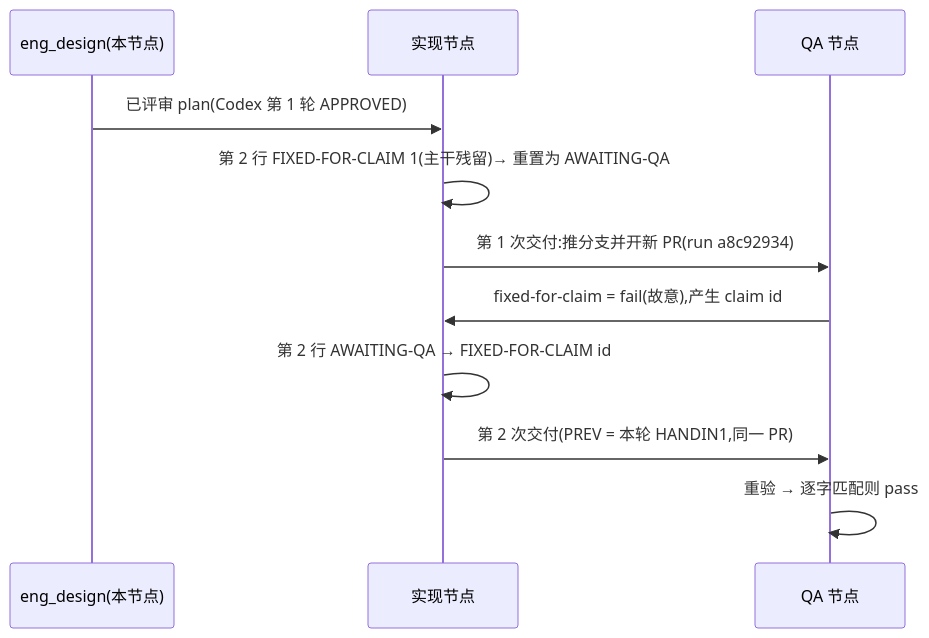
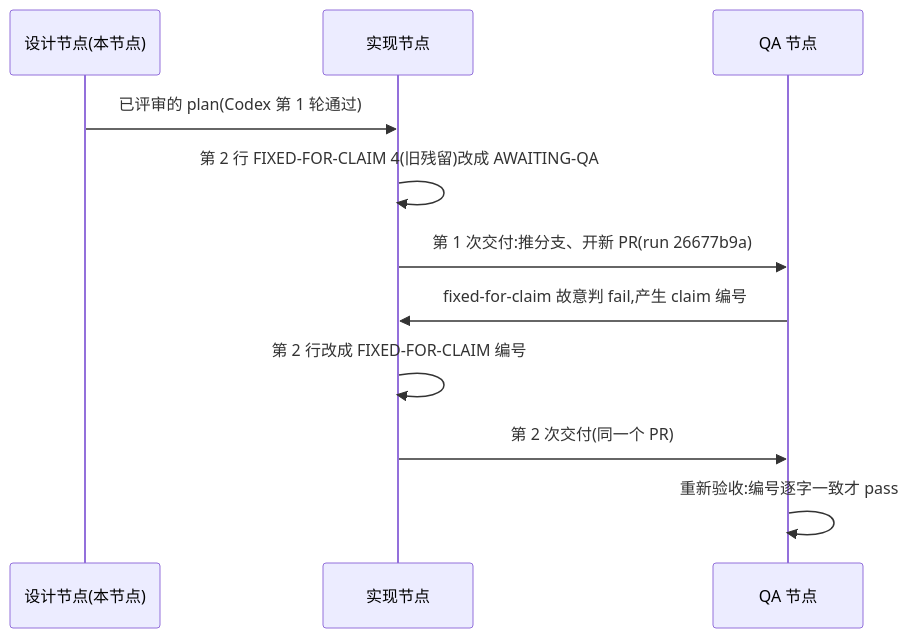
Before and after one commit to xrliAnnie/flywheel-qa-sandbox: the diagram in engineering/doc/FLY-3226-real-runner-drill/d1-core-flow.mmd, drawn with Mermaid. The commit also changed 7 other files, not shown here.

```diff
--- a/engineering/doc/FLY-3226-real-runner-drill/d1-core-flow.mmd
+++ b/engineering/doc/FLY-3226-real-runner-drill/d1-core-flow.mmd
@@ -1,11 +1,11 @@
 sequenceDiagram
-    participant S as eng_design(本节点)
+    participant D as 设计节点(本节点)
     participant I as 实现节点
     participant Q as QA 节点
-    S->>I: 已评审 plan(Codex 第 1 轮 APPROVED)
-    I->>I: 第 2 行 FIXED-FOR-CLAIM 1(主干残留)→ 重置为 AWAITING-QA
-    I->>Q: 第 1 次交付:推分支并开新 PR(run a8c92934)
-    Q->>I: fixed-for-claim = fail(故意),产生 claim id
-    I->>I: 第 2 行 AWAITING-QA → FIXED-FOR-CLAIM id
-    I->>Q: 第 2 次交付(PREV = 本轮 HANDIN1,同一 PR)
-    Q->>Q: 重验 → 逐字匹配则 pass
+    D->>I: 已评审的 plan(Codex 第 1 轮通过)
+    I->>I: 第 2 行 FIXED-FOR-CLAIM 4(旧残留)改成 AWAITING-QA
+    I->>Q: 第 1 次交付:推分支、开新 PR(run 26677b9a)
+    Q->>I: fixed-for-claim 故意判 fail,产生 claim 编号
+    I->>I: 第 2 行改成 FIXED-FOR-CLAIM 编号
+    I->>Q: 第 2 次交付(同一个 PR)
+    Q->>Q: 重新验收:编号逐字一致才 pass
```
